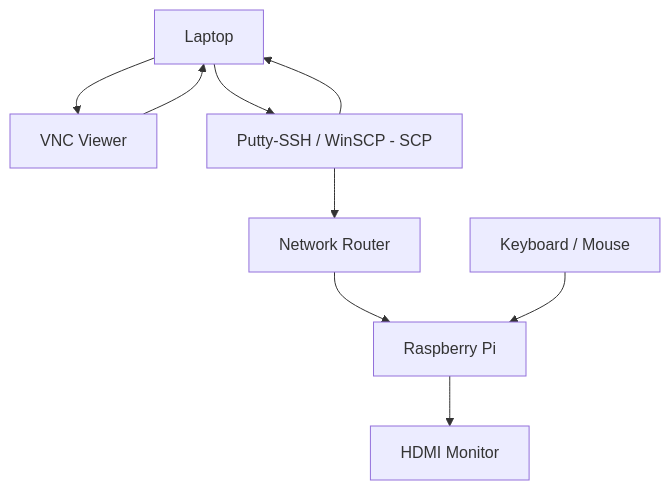
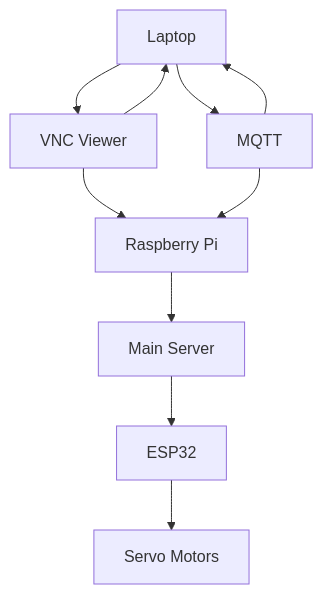
One commit to E1leenn/finalchallenge changed the first of 2 diagrams in READMEcopy.md. Above: the diagram before and after it, drawn with Mermaid. The commit also changed other lines of this file, not shown here.

````diff
--- a/READMEcopy.md
+++ b/READMEcopy.md
@@ -34,11 +50,12 @@
 ``` mermaid
 graph TD
 A[Laptop]-->B[VNC Viewer]
 B-->A
-A-->C[Putty-SSH / WinSCP - SCP]
+A-->C[MQTT]
 C-->A
-C-->D[Network Router]
-D-->E[Raspberry Pi]
-F[Keyboard / Mouse]-->E
-E-->G[HDMI Monitor]
+B-->D
+C-->D[Raspberry Pi]
+D-->E[Main Server]
+E-->F[ESP32]
+F-->G[Servo Motors]
 ```
````
